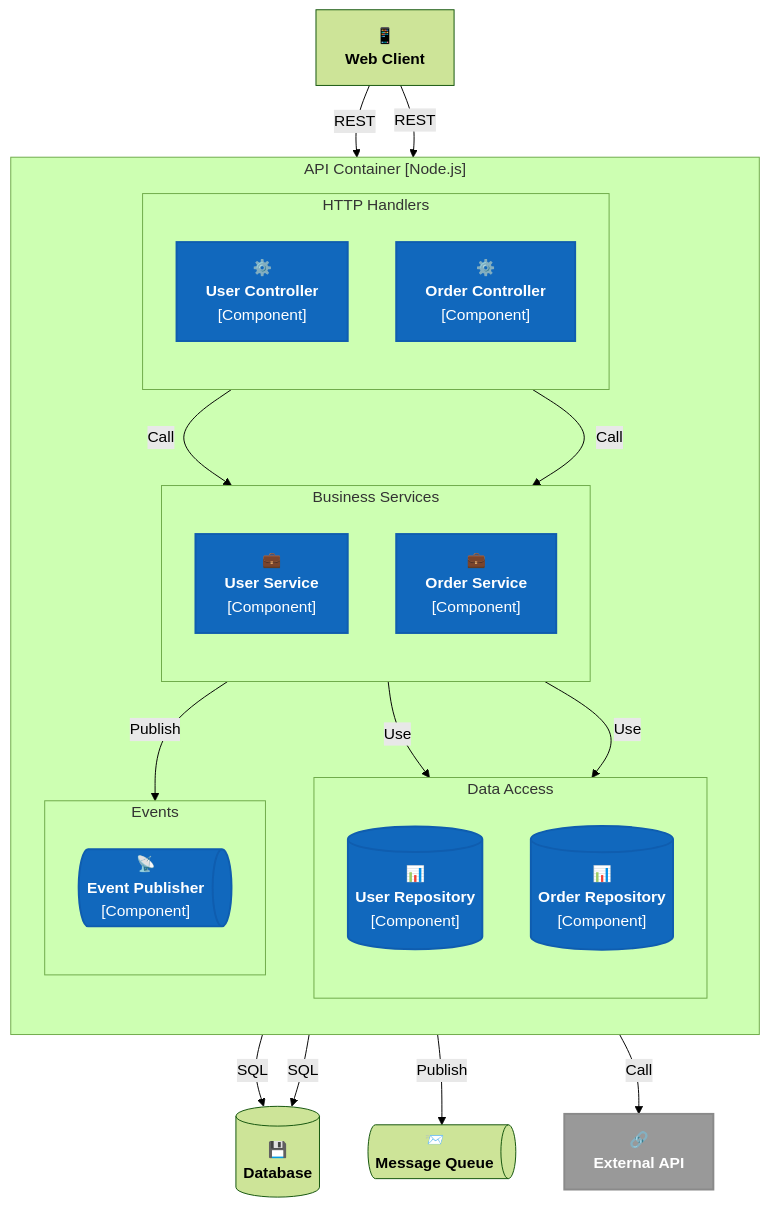
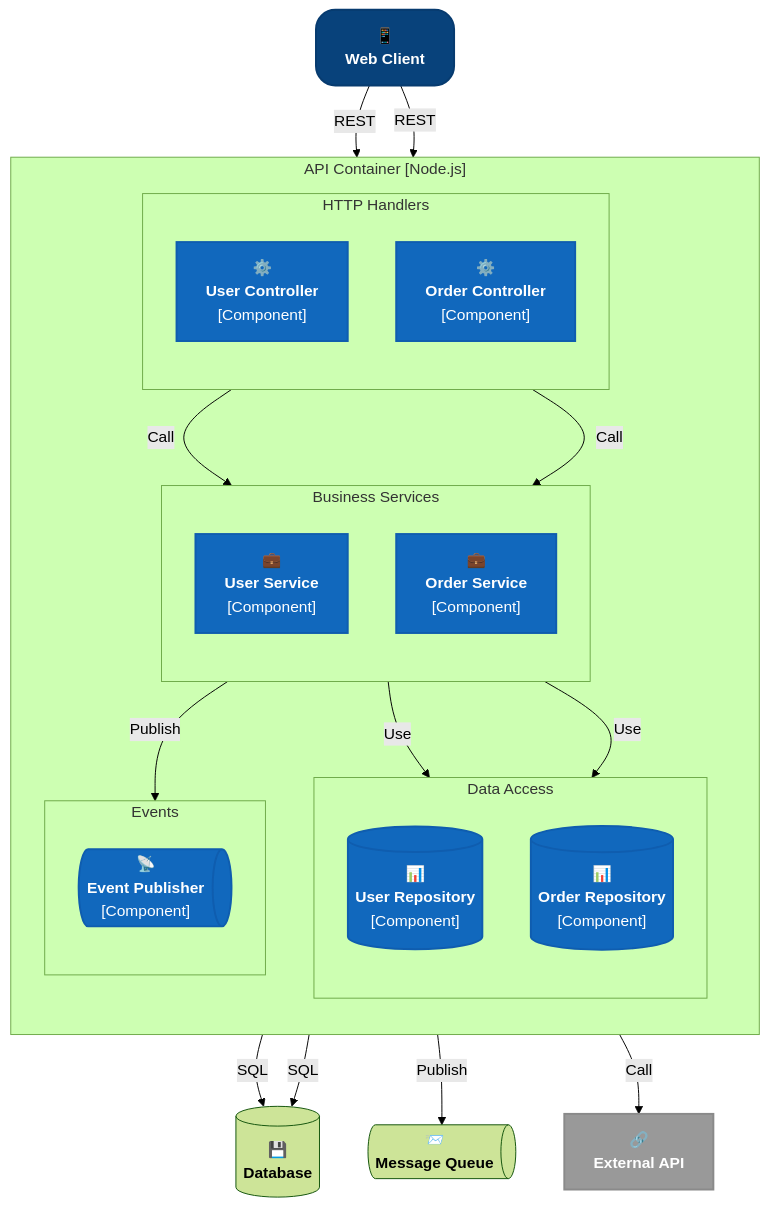
The second of 5 diagrams in .github/skills/c4-mermaid-diagrams/references/C4-Component-Diagram-Mermaid-Flowchart-Cheatsheet.md (LockTar/C4-Modeling-in-Mermaid), drawn with Mermaid (forest theme) before and after one commit. The commit also changed other lines of this file and 3 other files, not shown here.

Commit message:
Update C4 Mermaid Flowchart Cheatsheets to include Person and PersonExt class definitions for improved diagram clarity

````diff
--- a/.github/skills/c4-mermaid-diagrams/references/C4-Component-Diagram-Mermaid-Flowchart-Cheatsheet.md
+++ b/.github/skills/c4-mermaid-diagrams/references/C4-Component-Diagram-Mermaid-Flowchart-Cheatsheet.md
@@ -83,63 +85,65 @@
 ```mermaid
 flowchart TB
+    classDef Person fill:#08427b,stroke:#073b6f,color:#fff,rx:20px,ry:20px,stroke-width:2px;
     classDef Component fill:#1168bd,stroke:#0f5daf,color:#fff,stroke-width:2px;
     classDef ComponentDb fill:#1168bd,stroke:#0f5daf,color:#fff,stroke-width:2px;
     classDef ComponentQueue fill:#1168bd,stroke:#0f5daf,color:#fff,stroke-width:2px;
     classDef ComponentExt fill:#999999,stroke:#8a8a8a,color:#fff,stroke-width:2px;
 
     client["📱<br/><b>Web Client</b>"]
 
     subgraph container["API Container [Node.js]"]
         direction TB
 
         subgraph handlers["HTTP Handlers"]
             direction TB
             userctrl["⚙️<br/><b>User Controller</b><br/>[Component]"]
             orderctrl["⚙️<br/><b>Order Controller</b><br/>[Component]"]
         end
 
         subgraph services["Business Services"]
             direction TB
             usersvc["💼<br/><b>User Service</b><br/>[Component]"]
             ordersvc["💼<br/><b>Order Service</b><br/>[Component]"]
         end
 
         subgraph dataaccess["Data Access"]
             direction TB
             userrepo[("📊<br/><b>User Repository</b><br/>[Component]")]
             orderrepo[("📊<br/><b>Order Repository</b><br/>[Component]")]
         end
 
         subgraph events["Events"]
             direction TB
             eventpub@{ shape: das, label: "📡<br/><b>Event Publisher</b><br/>[Component]" }
         end
 
         class userctrl,orderctrl,usersvc,ordersvc Component
         class userrepo,orderrepo ComponentDb
         class eventpub ComponentQueue
 
         userctrl -->|"Call"| usersvc
         orderctrl -->|"Call"| ordersvc
 
         usersvc -->|"Use"| userrepo
         ordersvc -->|"Use"| orderrepo
 
         ordersvc -->|"Publish"| eventpub
     end
 
     db[("💾<br/><b>Database</b>")]
     queue@{ shape: das, label: "📨<br/><b>Message Queue</b>" }
     extapi["🔗<br/><b>External API</b>"]
 
+    class client Person
     class extapi ComponentExt
 
     client -->|"REST"| userctrl
     client -->|"REST"| orderctrl
 
     userrepo -->|"SQL"| db
     orderrepo -->|"SQL"| db
 
     eventpub -->|"Publish"| queue
     usersvc -->|"Call"| extapi
 ```
````
